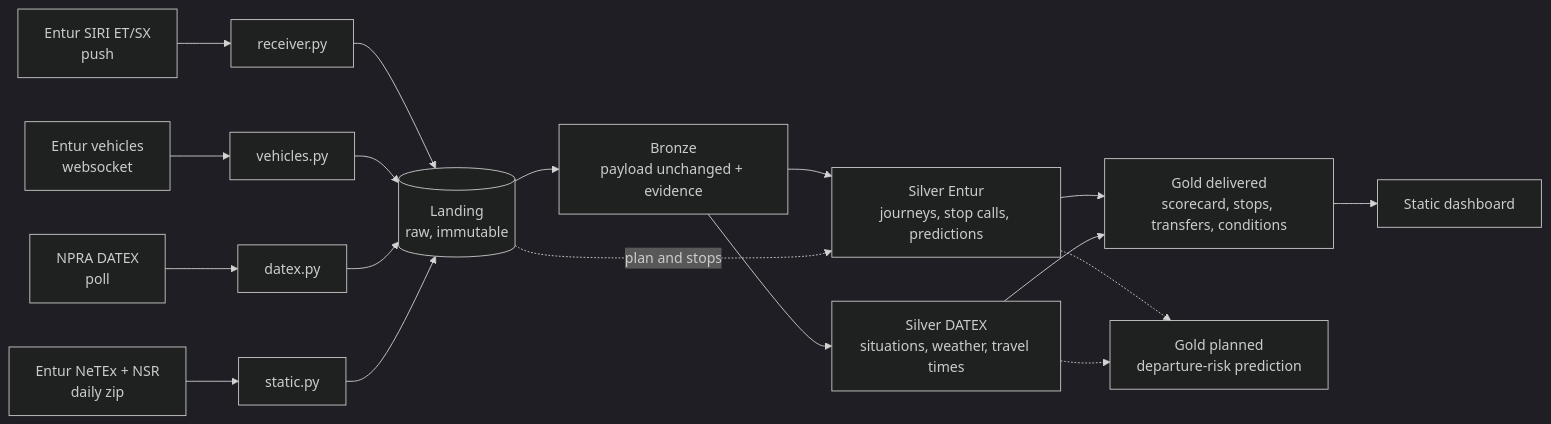
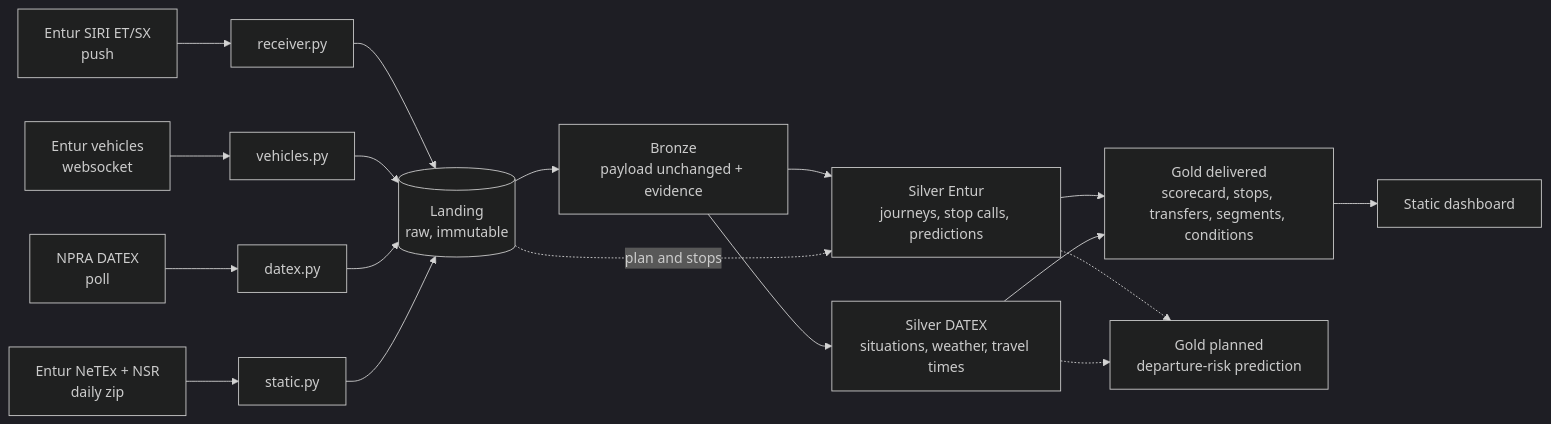
The diagram in docs/report/overview.md (DanyGoT/dat535-group21), drawn with Mermaid (dark theme) before and after one commit. The commit also changed other lines of this file and 9 other files, not shown here.

````diff
--- a/docs/report/overview.md
+++ b/docs/report/overview.md
@@ -17,18 +17,18 @@
 ```mermaid
 flowchart LR
     E[Entur SIRI ET/SX<br/>push] --> R[receiver.py]
     V[Entur vehicles<br/>websocket] --> W[vehicles.py]
     N[NPRA DATEX<br/>poll] --> D[datex.py]
     T[Entur NeTEx + NSR<br/>daily zip] --> S[static.py]
     R & W & D --> L[(Landing<br/>raw, immutable)]
     S --> L
     L --> B[Bronze<br/>payload unchanged + evidence]
     B --> SE[Silver Entur<br/>journeys, stop calls, predictions]
     B --> SD[Silver DATEX<br/>situations, weather, travel times]
     L -. plan and stops .-> SE
-    SE --> G[Gold delivered<br/>scorecard, stops, transfers, conditions]
+    SE --> G[Gold delivered<br/>scorecard, stops, transfers, segments, conditions]
     SD --> G
     G --> DB[Static dashboard]
     SE -.-> P[Gold planned<br/>departure-risk prediction]
     SD -.-> P
 ```
````
